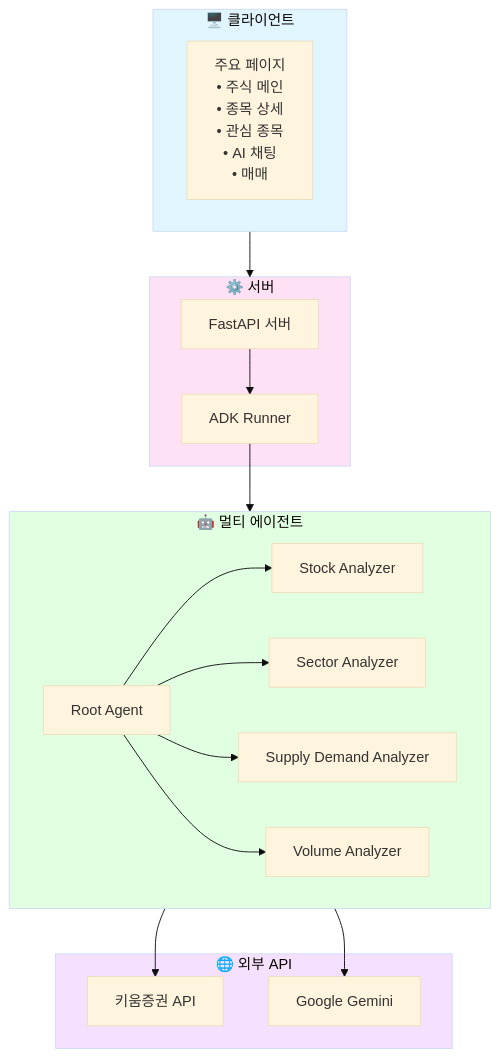
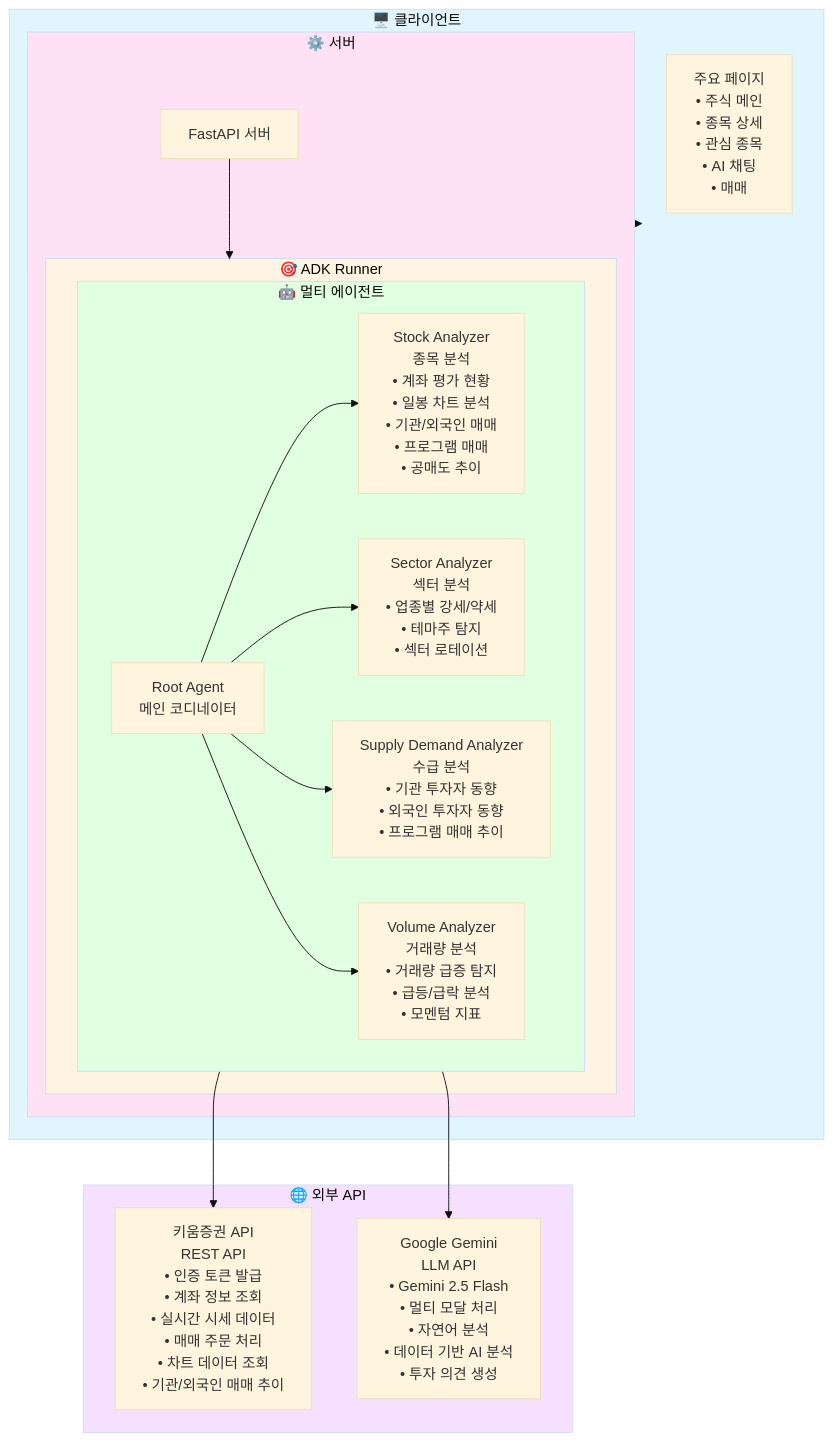
The first of 3 diagrams in README.md (miachoidev/mango-stock-monorepo), drawn with Mermaid (base theme) before and after one commit.

Commit message:
아키텍쳐 설명추가

````diff
--- a/README.md
+++ b/README.md
@@ -150,40 +150,42 @@
 ```mermaid
 graph TB
     subgraph Client["🖥️ 클라이언트"]
         Pages["주요 페이지<br/>• 주식 메인<br/>• 종목 상세<br/>• 관심 종목<br/>• AI 채팅<br/>• 매매"]
-    end
-
-    subgraph Server["⚙️ 서버"]
-        FastAPI["FastAPI 서버"]
-        ADK["ADK Runner"]
-        FastAPI --> ADK
-    end
-
-    subgraph Agents["🤖 멀티 에이전트"]
-        Root["Root Agent"]
-        Stock["Stock Analyzer"]
-        Sector["Sector Analyzer"]
-        Supply["Supply Demand Analyzer"]
-        Volume["Volume Analyzer"]
         
-        Root --> Stock
-        Root --> Sector
-        Root --> Supply
-        Root --> Volume
+        subgraph Server["⚙️ 서버"]
+            FastAPI["FastAPI 서버"]
+            
+            subgraph ADK["🎯 ADK Runner"]
+                subgraph Agents["🤖 멀티 에이전트"]
+                    Root["Root Agent<br/>메인 코디네이터"]
+                    Stock["Stock Analyzer<br/>종목 분석<br/>• 계좌 평가 현황<br/>• 일봉 차트 분석<br/>• 기관/외국인 매매<br/>• 프로그램 매매<br/>• 공매도 추이"]
+                    Sector["Sector Analyzer<br/>섹터 분석<br/>• 업종별 강세/약세<br/>• 테마주 탐지<br/>• 섹터 로테이션"]
+                    Supply["Supply Demand Analyzer<br/>수급 분석<br/>• 기관 투자자 동향<br/>• 외국인 투자자 동향<br/>• 프로그램 매매 추이"]
+                    Volume["Volume Analyzer<br/>거래량 분석<br/>• 거래량 급증 탐지<br/>• 급등/급락 분석<br/>• 모멘텀 지표"]
+                    
+                    Root --> Stock
+                    Root --> Sector
+                    Root --> Supply
+                    Root --> Volume
+                end
+            end
+            
+            FastAPI --> ADK
+        end
     end
 
     subgraph External["🌐 외부 API"]
-        Kiwoom["키움증권 API"]
-        Gemini["Google Gemini"]
+        Kiwoom["키움증권 API<br/>REST API<br/>• 인증 토큰 발급<br/>• 계좌 정보 조회<br/>• 실시간 시세 데이터<br/>• 매매 주문 처리<br/>• 차트 데이터 조회<br/>• 기관/외국인 매매 추이"]
+        Gemini["Google Gemini<br/>LLM API<br/>• Gemini 2.5 Flash<br/>• 멀티 모달 처리<br/>• 자연어 분석<br/>• 데이터 기반 AI 분석<br/>• 투자 의견 생성"]
     end
 
     Client --> Server
-    ADK --> Agents
     Agents --> Kiwoom
     Agents --> Gemini
 
     style Client fill:#e1f5ff
     style Server fill:#ffe1f5
+    style ADK fill:#fff4e1
     style Agents fill:#e1ffe1
     style External fill:#f5e1ff
 ```
````
